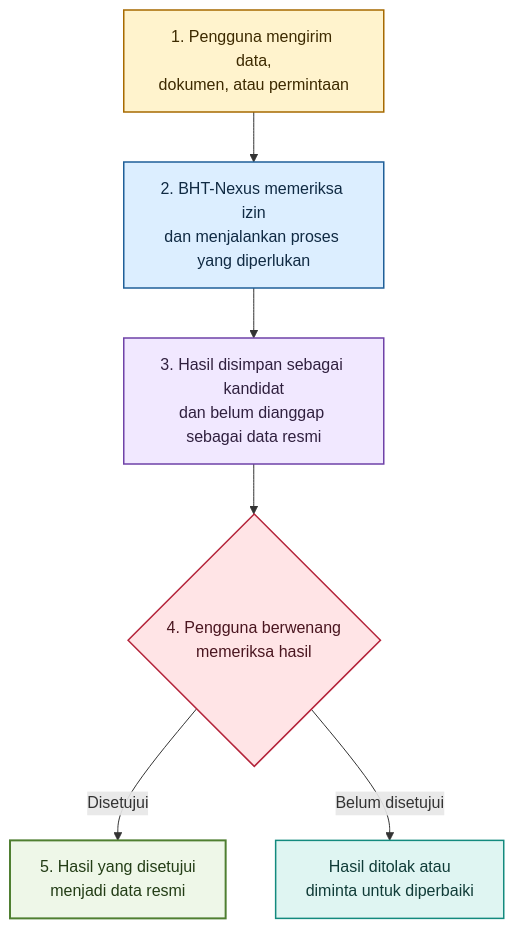
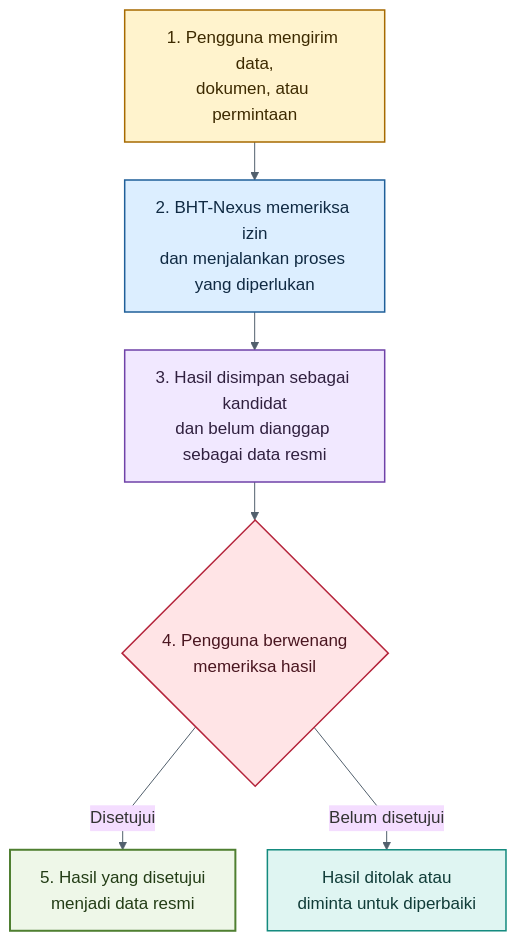
The first of 3 diagrams in bht-nexus-srs.md (TelU-CoE-BHT-Command-Center-Internship/bht-srs), drawn with Mermaid before and after one commit. The commit also changed other lines of this file and 5 other files, not shown here.

````diff
--- a/bht-nexus-srs.md
+++ b/bht-nexus-srs.md
@@ -148,28 +166,29 @@
 ```mermaid
+%%{init: {"theme":"base","themeVariables":{"fontFamily":"Arial","fontSize":"17px","lineColor":"#52606D"},"flowchart":{"curve":"linear","nodeSpacing":32,"rankSpacing":38,"htmlLabels":true}}}%%
 flowchart TB
     Start["1. Pengguna mengirim data,<br/>dokumen, atau permintaan"]
     Process["2. BHT-Nexus memeriksa izin<br/>dan menjalankan proses yang diperlukan"]
     Candidate["3. Hasil disimpan sebagai kandidat<br/>dan belum dianggap sebagai data resmi"]
     Review{"4. Pengguna berwenang<br/>memeriksa hasil"}
     Official["5. Hasil yang disetujui<br/>menjadi data resmi"]
     Revision["Hasil ditolak atau<br/>diminta untuk diperbaiki"]
 
     Start --> Process
     Process --> Candidate
     Candidate --> Review
     Review -->|"Disetujui"| Official
     Review -->|"Belum disetujui"| Revision
 
     classDef actor fill:#fff3cd,stroke:#a66a00,color:#3d2a00,stroke-width:1.5px;
     classDef app fill:#dceeff,stroke:#1f5f99,color:#102a43,stroke-width:1.5px;
     classDef process fill:#dff5f2,stroke:#138a7e,color:#103c38,stroke-width:1.5px;
     classDef candidate fill:#f1e8ff,stroke:#6f42a8,color:#30203f,stroke-width:1.5px;
     classDef decision fill:#ffe4e6,stroke:#b4233a,color:#4a1620,stroke-width:1.5px;
     classDef official fill:#eef7e8,stroke:#4f7f31,color:#233d16,stroke-width:2px;
     class Start actor;
     class Process app;
     class Candidate candidate;
     class Review decision;
     class Official official;
     class Revision process;
 ```
````
